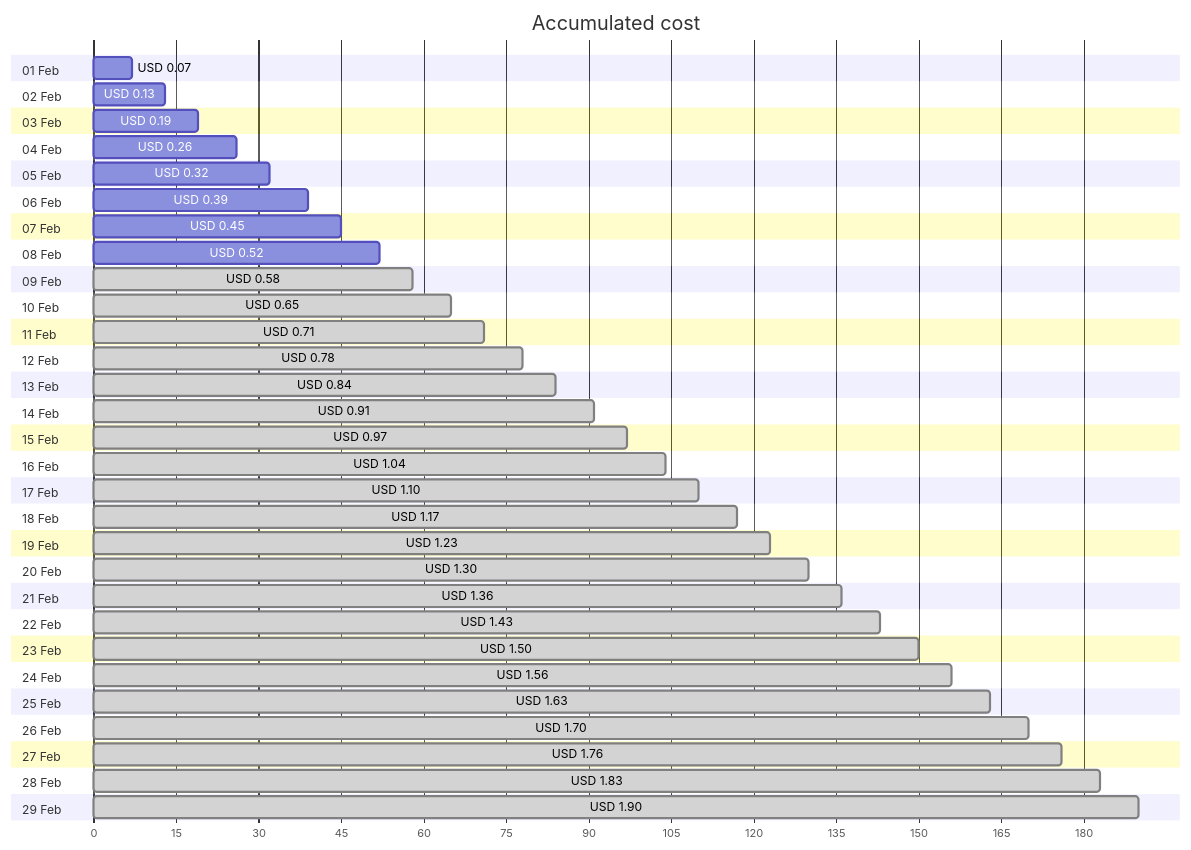
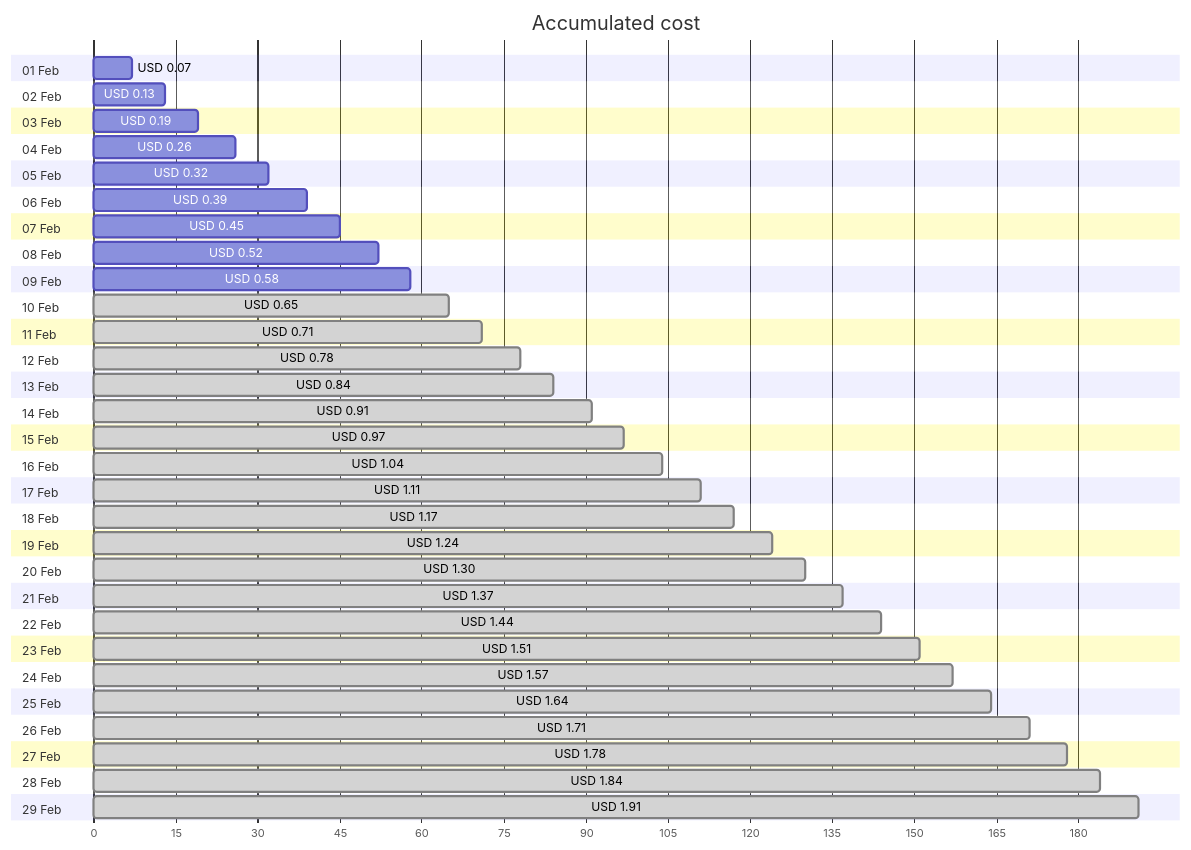
Before and after one commit to jpfulton/azure-personal-reports: the first of 4 diagrams in cost-reports/personal-network/backup-server_OsDisk.md, drawn with Mermaid. The commit also changed other lines of this file and 8 other files, not shown here.

````diff
--- a/cost-reports/personal-network/backup-server_OsDisk.md
+++ b/cost-reports/personal-network/backup-server_OsDisk.md
@@ -20,64 +20,64 @@
 ```mermaid
 gantt
    title Accumulated cost
    dateFormat  X
    axisFormat %s
    section 01 Feb
    USD 0.07 :0, 7
    section 02 Feb
    USD 0.13 :0, 13
    section 03 Feb
    USD 0.19 :0, 19
    section 04 Feb
    USD 0.26 :0, 26
    section 05 Feb
    USD 0.32 :0, 32
    section 06 Feb
    USD 0.39 :0, 39
    section 07 Feb
    USD 0.45 :0, 45
    section 08 Feb
    USD 0.52 :0, 52
    section 09 Feb
-   USD 0.58 : done, 0, 58
+   USD 0.58 :0, 58
    section 10 Feb
    USD 0.65 : done, 0, 65
    section 11 Feb
    USD 0.71 : done, 0, 71
    section 12 Feb
    USD 0.78 : done, 0, 78
    section 13 Feb
    USD 0.84 : done, 0, 84
    section 14 Feb
    USD 0.91 : done, 0, 91
    section 15 Feb
    USD 0.97 : done, 0, 97
    section 16 Feb
    USD 1.04 : done, 0, 104
    section 17 Feb
-   USD 1.10 : done, 0, 110
+   USD 1.11 : done, 0, 111
    section 18 Feb
    USD 1.17 : done, 0, 117
    section 19 Feb
-   USD 1.23 : done, 0, 123
+   USD 1.24 : done, 0, 124
    section 20 Feb
    USD 1.30 : done, 0, 130
    section 21 Feb
-   USD 1.36 : done, 0, 136
+   USD 1.37 : done, 0, 137
    section 22 Feb
-   USD 1.43 : done, 0, 143
+   USD 1.44 : done, 0, 144
    section 23 Feb
-   USD 1.50 : done, 0, 150
+   USD 1.51 : done, 0, 151
    section 24 Feb
-   USD 1.56 : done, 0, 156
+   USD 1.57 : done, 0, 157
    section 25 Feb
-   USD 1.63 : done, 0, 163
+   USD 1.64 : done, 0, 164
    section 26 Feb
-   USD 1.70 : done, 0, 170
+   USD 1.71 : done, 0, 171
    section 27 Feb
-   USD 1.76 : done, 0, 176
+   USD 1.78 : done, 0, 178
    section 28 Feb
-   USD 1.83 : done, 0, 183
+   USD 1.84 : done, 0, 184
    section 29 Feb
-   USD 1.90 : done, 0, 190
+   USD 1.91 : done, 0, 191
 ```
````
